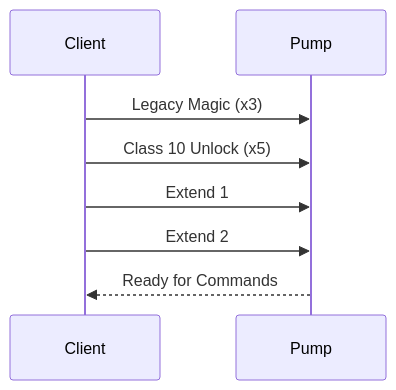
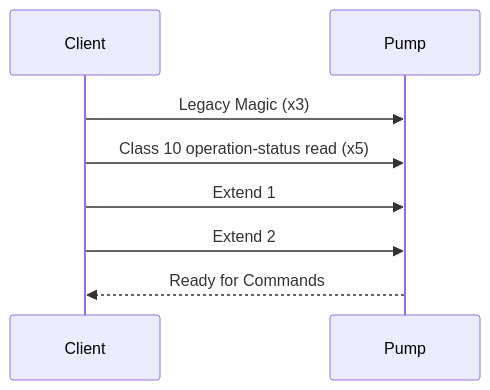
One commit to eman/alpha-hwr changed the diagram in docs/protocol/packet_traces/02_authentication.md. Above: the diagram before and after it, drawn with Mermaid. The commit also changed other lines of this file and 6 other files, not shown here.

````diff
--- a/docs/protocol/packet_traces/02_authentication.md
+++ b/docs/protocol/packet_traces/02_authentication.md
@@ -11,15 +37,15 @@
 ```mermaid
 sequenceDiagram
     participant Client
     participant Pump
 
     Client->>Pump: Legacy Magic (x3)
     
-    Client->>Pump: Class 10 Unlock (x5)
+    Client->>Pump: Class 10 operation-status read (x5)
     
     Client->>Pump: Extend 1
     
     Client->>Pump: Extend 2
     
     Pump-->>Client: Ready for Commands
 ```
````
